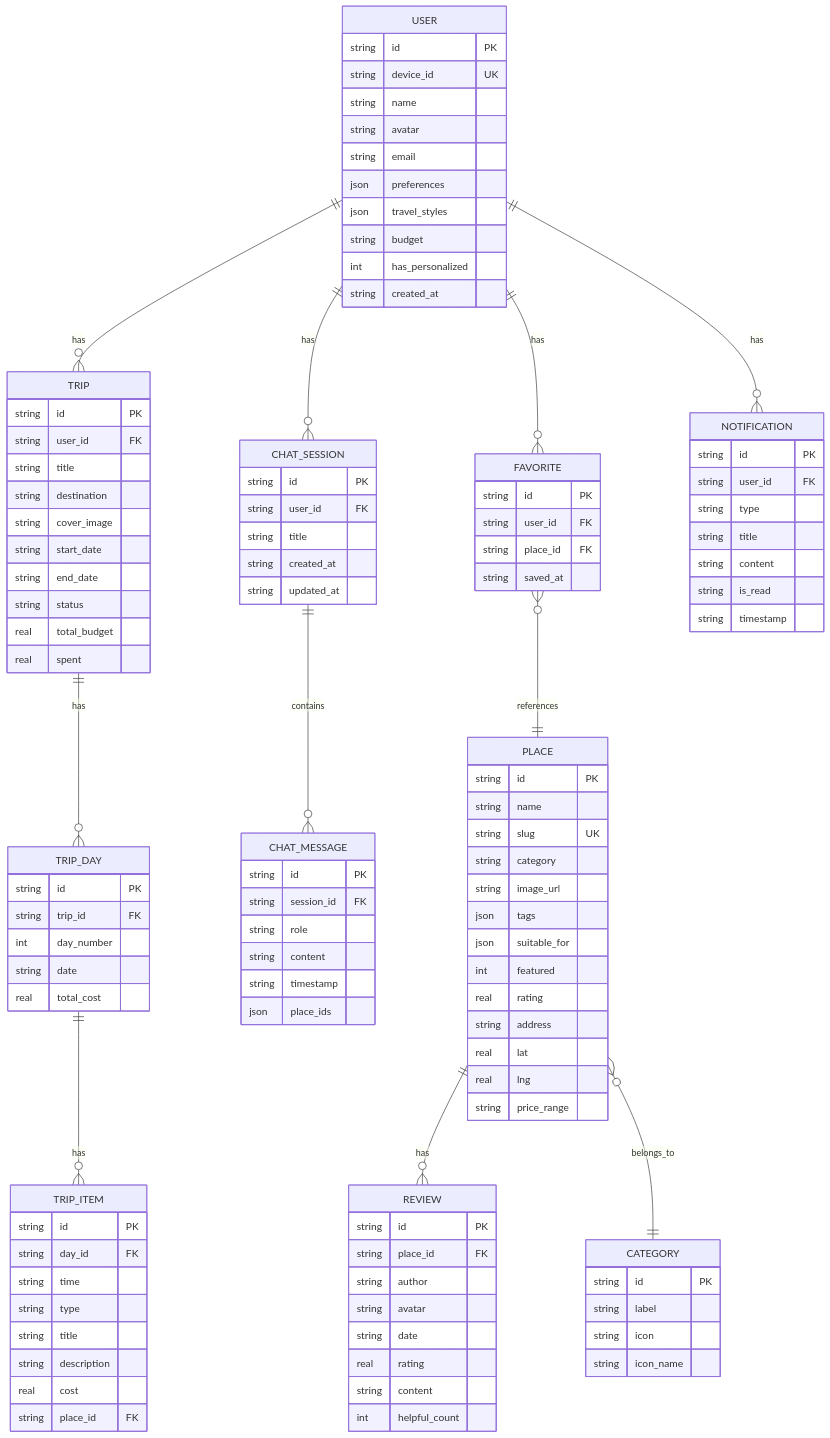
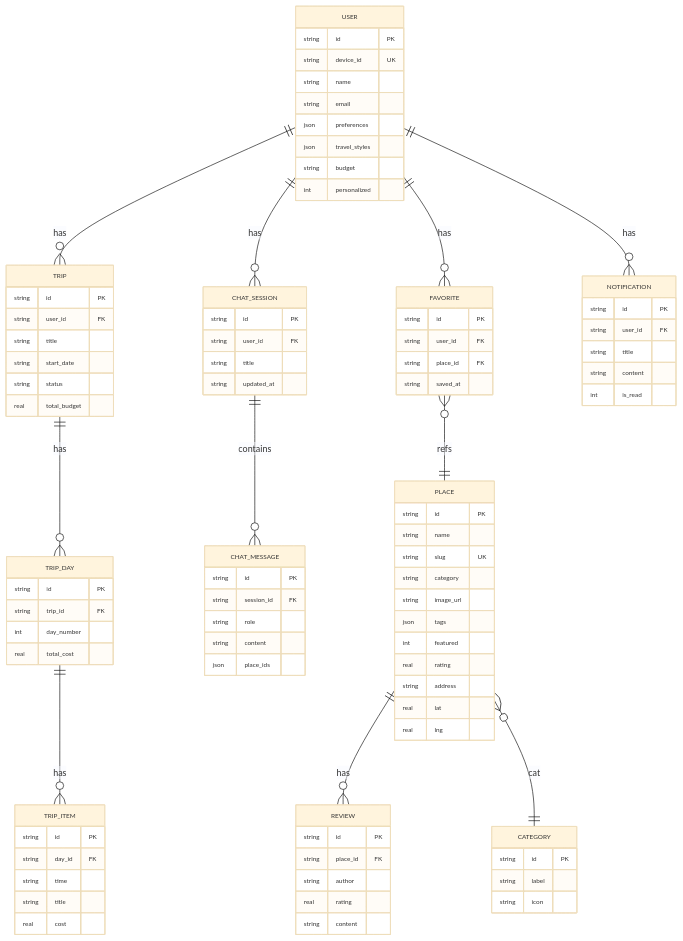
The third of 4 diagrams in bao_cao_cuoi_ky_chatbot_dalat.md (intekaih/chatbot-dalat), drawn with Mermaid before and after one commit. The commit also changed other lines of this file, not shown here.

````diff
--- a/bao_cao_cuoi_ky_chatbot_dalat.md
+++ b/bao_cao_cuoi_ky_chatbot_dalat.md
@@ -381,16 +374,15 @@
 ```mermaid
+%%{init:{'theme':'base','themeVariables':{'fontSize':'10px'}}}%%
 erDiagram
     USER {
         string id PK
         string device_id UK
         string name
-        string avatar
         string email
         json preferences
         json travel_styles
         string budget
-        int has_personalized
-        string created_at
+        int personalized
     }
 
     PLACE {
@@ -400,20 +392,17 @@
         string category
         string image_url
         json tags
-        json suitable_for
         int featured
         real rating
         string address
         real lat
         real lng
-        string price_range
     }
 
     CHAT_SESSION {
         string id PK
         string user_id FK
         string title
-        string created_at
         string updated_at
     }
 
@@ -422,7 +411,6 @@
         string session_id FK
         string role
         string content
-        string timestamp
         json place_ids
     }
 
@@ -430,20 +418,15 @@
         string id PK
         string user_id FK
         string title
-        string destination
-        string cover_image
         string start_date
-        string end_date
         string status
         real total_budget
-        real spent
     }
 
     TRIP_DAY {
         string id PK
         string trip_id FK
         int day_number
-        string date
         real total_cost
     }
 
@@ -451,11 +434,8 @@
         string id PK
         string day_id FK
         string time
-        string type
         string title
-        string description
         real cost
-        string place_id FK
     }
 
     FAVORITE {
@@ -468,29 +448,23 @@
     NOTIFICATION {
         string id PK
         string user_id FK
-        string type
         string title
         string content
-        string is_read
-        string timestamp
+        int is_read
     }
 
     REVIEW {
         string id PK
         string place_id FK
         string author
-        string avatar
-        string date
         real rating
         string content
-        int helpful_count
     }
 
     CATEGORY {
         string id PK
         string label
         string icon
-        string icon_name
     }
 
     USER ||--o{ CHAT_SESSION : has
@@ -499,8 +473,8 @@
     TRIP ||--o{ TRIP_DAY : has
     TRIP_DAY ||--o{ TRIP_ITEM : has
     USER ||--o{ FAVORITE : has
-    FAVORITE }o--|| PLACE : references
+    FAVORITE }o--|| PLACE : refs
     USER ||--o{ NOTIFICATION : has
     PLACE ||--o{ REVIEW : has
-    PLACE }o--|| CATEGORY : belongs_to
+    PLACE }o--|| CATEGORY : cat
 ```
````
